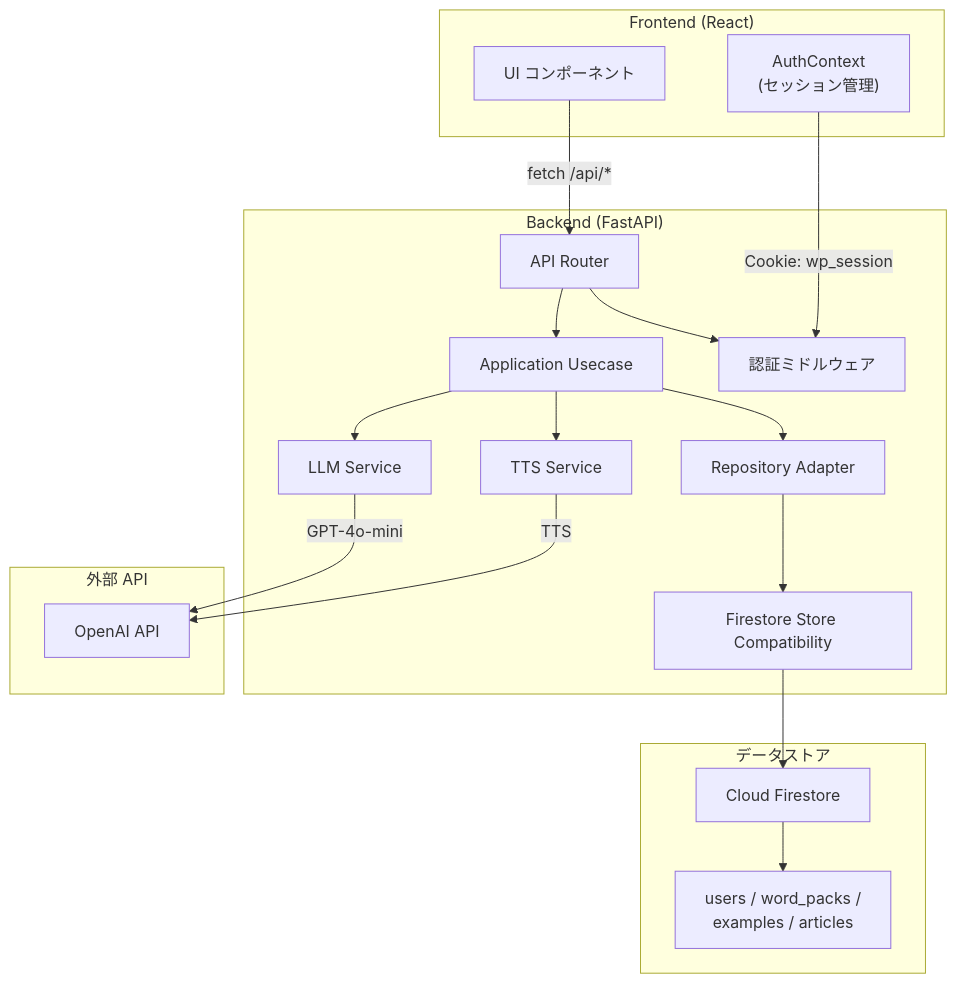
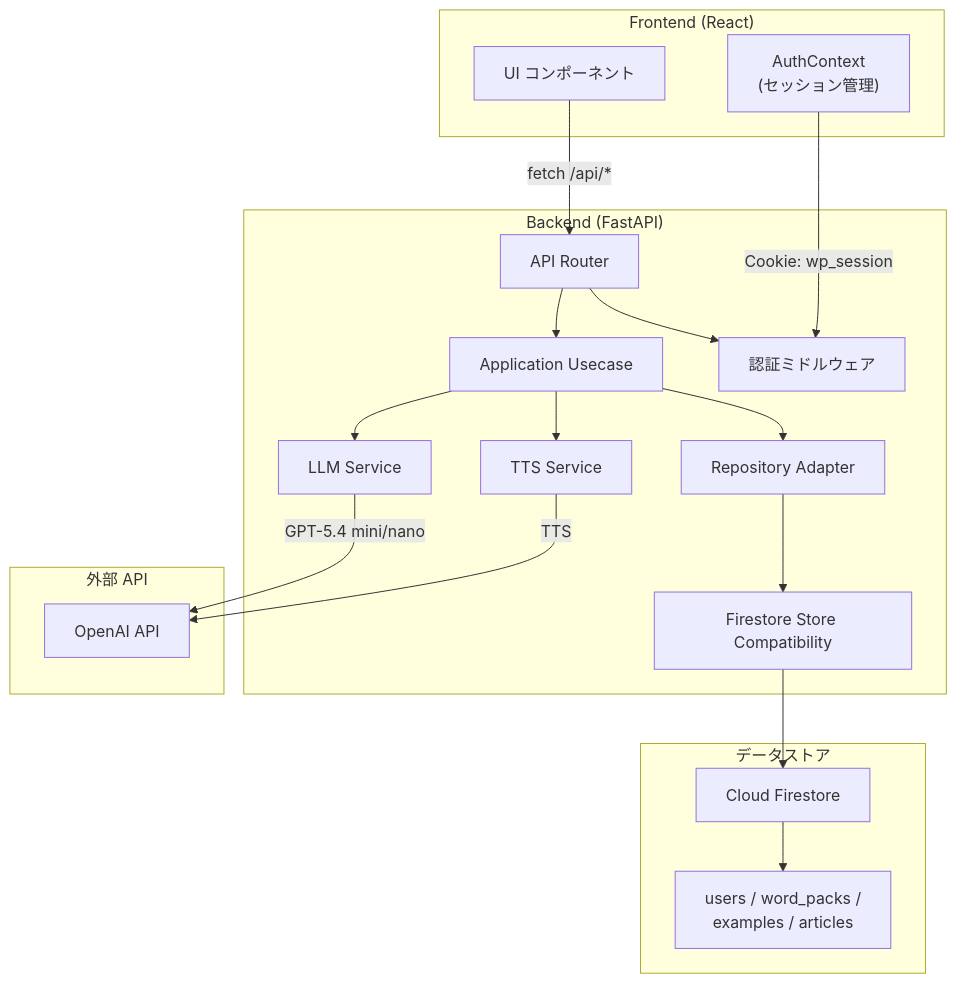
Before and after one commit to RiSEblackbird/wordpack-for-english: the sixth of 6 diagrams in docs/infrastructure.md, drawn with Mermaid. The commit also changed other lines of this file and 49 other files, not shown here.

````diff
--- a/docs/infrastructure.md
+++ b/docs/infrastructure.md
@@ -259,39 +259,39 @@
 ```mermaid
 flowchart TB
     subgraph Frontend["Frontend (React)"]
         UI["UI コンポーネント"]
         AuthContext["AuthContext<br/>(セッション管理)"]
     end
 
     subgraph Backend["Backend (FastAPI)"]
         Router["API Router"]
         Usecase["Application Usecase"]
         Auth["認証ミドルウェア"]
         LLMService["LLM Service"]
         TTSService["TTS Service"]
         Repository["Repository Adapter"]
         Store["Firestore Store Compatibility"]
     end
 
     subgraph Data["データストア"]
         Firestore["Cloud Firestore"]
         Collections["users / word_packs /<br/>examples / articles"]
     end
 
     subgraph External["外部 API"]
         OpenAI["OpenAI API"]
     end
 
     UI -->|fetch /api/*| Router
     Router --> Auth
     Router --> Usecase
     Usecase --> LLMService
     Usecase --> TTSService
     Usecase --> Repository
     Repository --> Store
-    LLMService -->|GPT-4o-mini| OpenAI
+    LLMService -->|GPT-5.4 mini/nano| OpenAI
     TTSService -->|TTS| OpenAI
     Store --> Firestore
     Firestore --> Collections
     AuthContext -->|Cookie: wp_session| Auth
 ```
````
